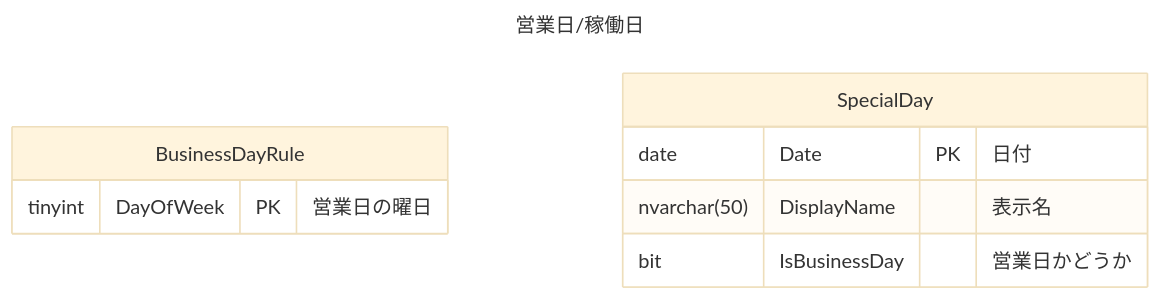
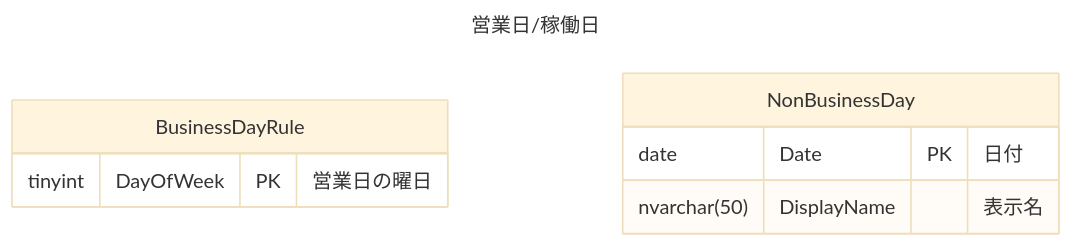
One commit to ichiroku11/dev-note changed the diagram in data-modeling/business-day.md. Above: the diagram before and after it, drawn with Mermaid (base theme). The commit also changed other lines of this file, not shown here.

````diff
--- a/data-modeling/business-day.md
+++ b/data-modeling/business-day.md
@@ -10,15 +17,14 @@
 ```mermaid
 ---
 title: 営業日/稼働日
 ---
 erDiagram
 	BusinessDayRule {
 		tinyint DayOfWeek PK "営業日の曜日"
 	}
 
-	SpecialDay {
+	NonBusinessDay {
 		date Date PK "日付"
 		nvarchar(50) DisplayName "表示名"
-		bit IsBusinessDay "営業日かどうか"
 	}
 ```
````
